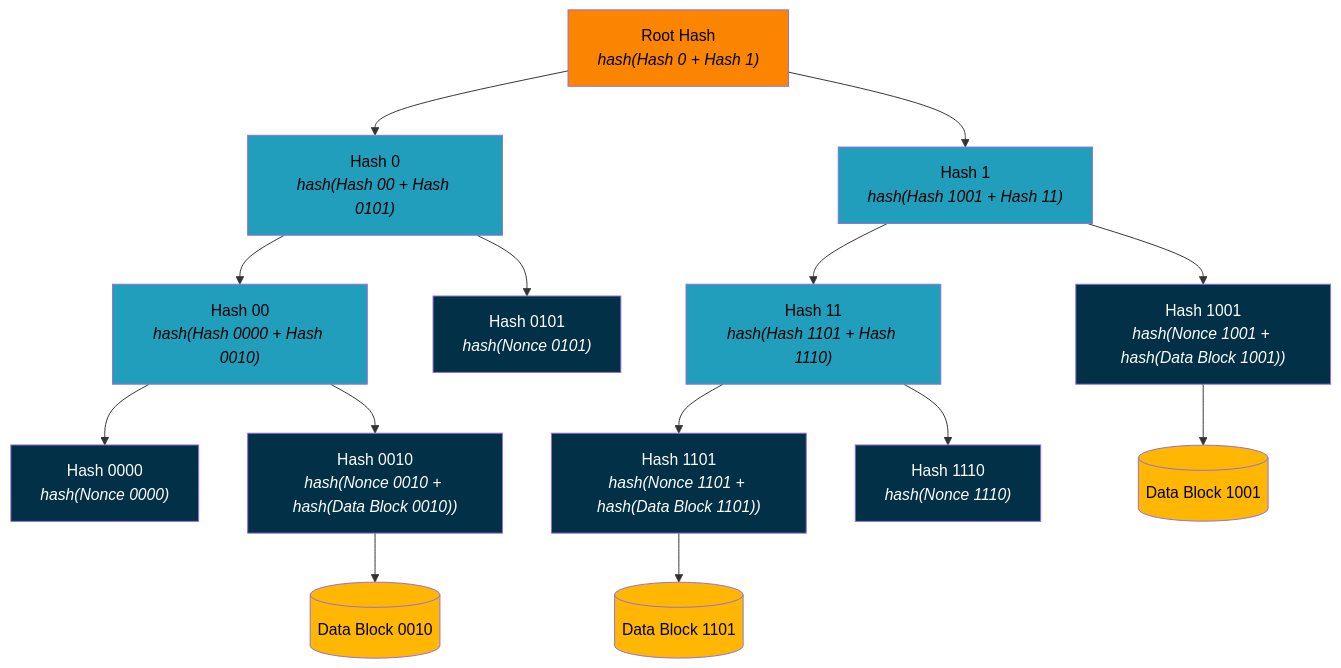
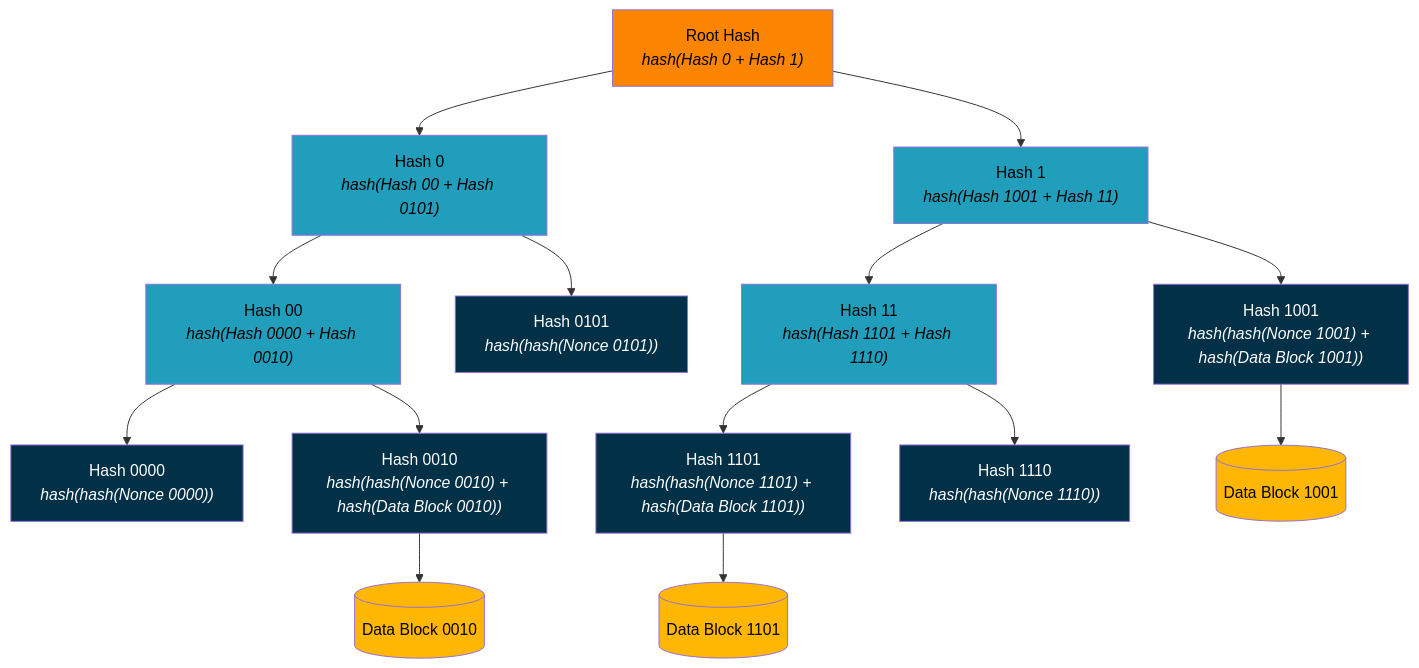
The second of 2 diagrams in chapters/Appendix-SMT-alt.md (dcdpr/did-btc1), drawn with Mermaid before and after one commit. The commit also changed other lines of this file, not shown here.

````diff
--- a/chapters/Appendix-SMT-alt.md
+++ b/chapters/Appendix-SMT-alt.md
@@ -410,39 +134,39 @@
 ```mermaid
 flowchart TD
     classDef rootHash color:#000000,fill:#fb8500
     classDef nodeHash color:#000000,fill:#219ebc
     classDef leafHash color:#ffffff,fill:#023047
     classDef dataBlock color:#000000,fill:#ffb703
 
     RootHash["`Root Hash
     *hash(Hash 0 + Hash 1)*`"]:::rootHash
 
     RootHash --> Hash0["`Hash 0
     *hash(Hash 00 + Hash 0101)*`"]:::nodeHash
     RootHash --> Hash1["`Hash 1
     *hash(Hash 1001 + Hash 11)*`"]:::nodeHash
 
     Hash0 --> Hash00["`Hash 00
     *hash(Hash 0000 + Hash 0010)*`"]:::nodeHash
     Hash0 --> Hash0101["`Hash 0101
-    *hash(Nonce 0101)*`"]:::leafHash
+    *hash(hash(Nonce 0101))*`"]:::leafHash
 
     Hash1 --> Hash1001["`Hash 1001
-    *hash(Nonce 1001 + hash(Data Block 1001))*`"]:::leafHash
+    *hash(hash(Nonce 1001) + hash(Data Block 1001))*`"]:::leafHash
     Hash1 --> Hash11["`Hash 11
     *hash(Hash 1101 + Hash 1110)*`"]:::nodeHash
 
     Hash00 --> Hash0000["`Hash 0000
-    *hash(Nonce 0000)*`"]:::leafHash
+    *hash(hash(Nonce 0000))*`"]:::leafHash
     Hash00 --> Hash0010["`Hash 0010
-    *hash(Nonce 0010 + hash(Data Block 0010))*`"]:::leafHash
+    *hash(hash(Nonce 0010) + hash(Data Block 0010))*`"]:::leafHash
 
     Hash11 --> Hash1101["`Hash 1101
-    *hash(Nonce 1101 + hash(Data Block 1101))*`"]:::leafHash
+    *hash(hash(Nonce 1101) + hash(Data Block 1101))*`"]:::leafHash
     Hash11 --> Hash1110["`Hash 1110
-    *hash(Nonce 1110)*`"]:::leafHash
+    *hash(hash(Nonce 1110))*`"]:::leafHash
 
     Hash0010 --> DataBlock0010[("Data Block 0010")]:::dataBlock
     Hash1001 --> DataBlock1001[("Data Block 1001")]:::dataBlock
     Hash1101 --> DataBlock1101[("Data Block 1101")]:::dataBlock
 ```
````
